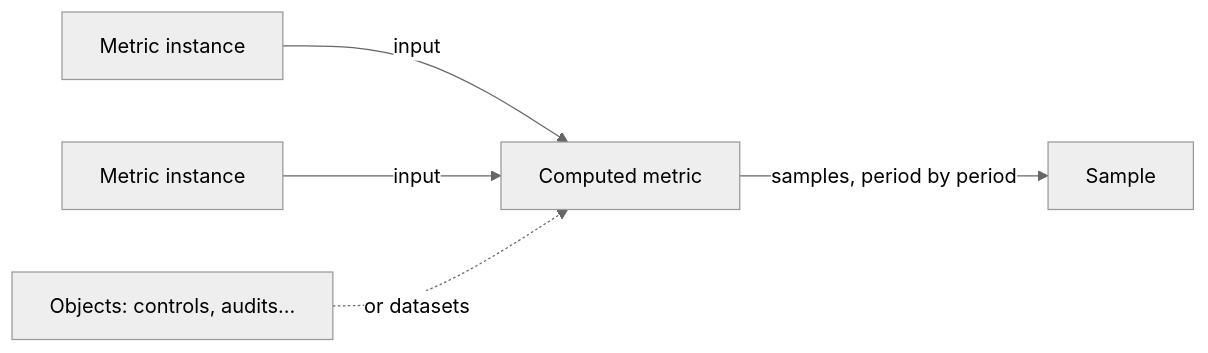
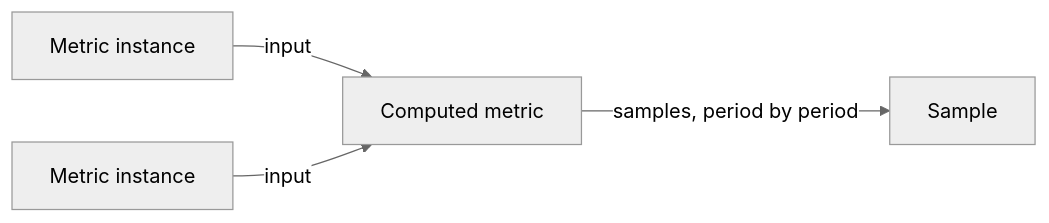
The second of 2 diagrams in product-docs/concepts/metrics.md (intuitem/ciso-assistant-community), drawn with Mermaid (neutral theme) before and after one commit. The commit also changed other lines of this file and 9 other files, not shown here.

````diff
--- a/product-docs/concepts/metrics.md
+++ b/product-docs/concepts/metrics.md
@@ -126,7 +126,6 @@
 ```mermaid
 graph LR
   A[Metric instance] -->|input| C[Computed metric]
   B[Metric instance] -->|input| C
-  O[Objects: controls, audits...] -.->|or datasets| C
   C -->|samples, period by period| S[Sample]
 ```
````
